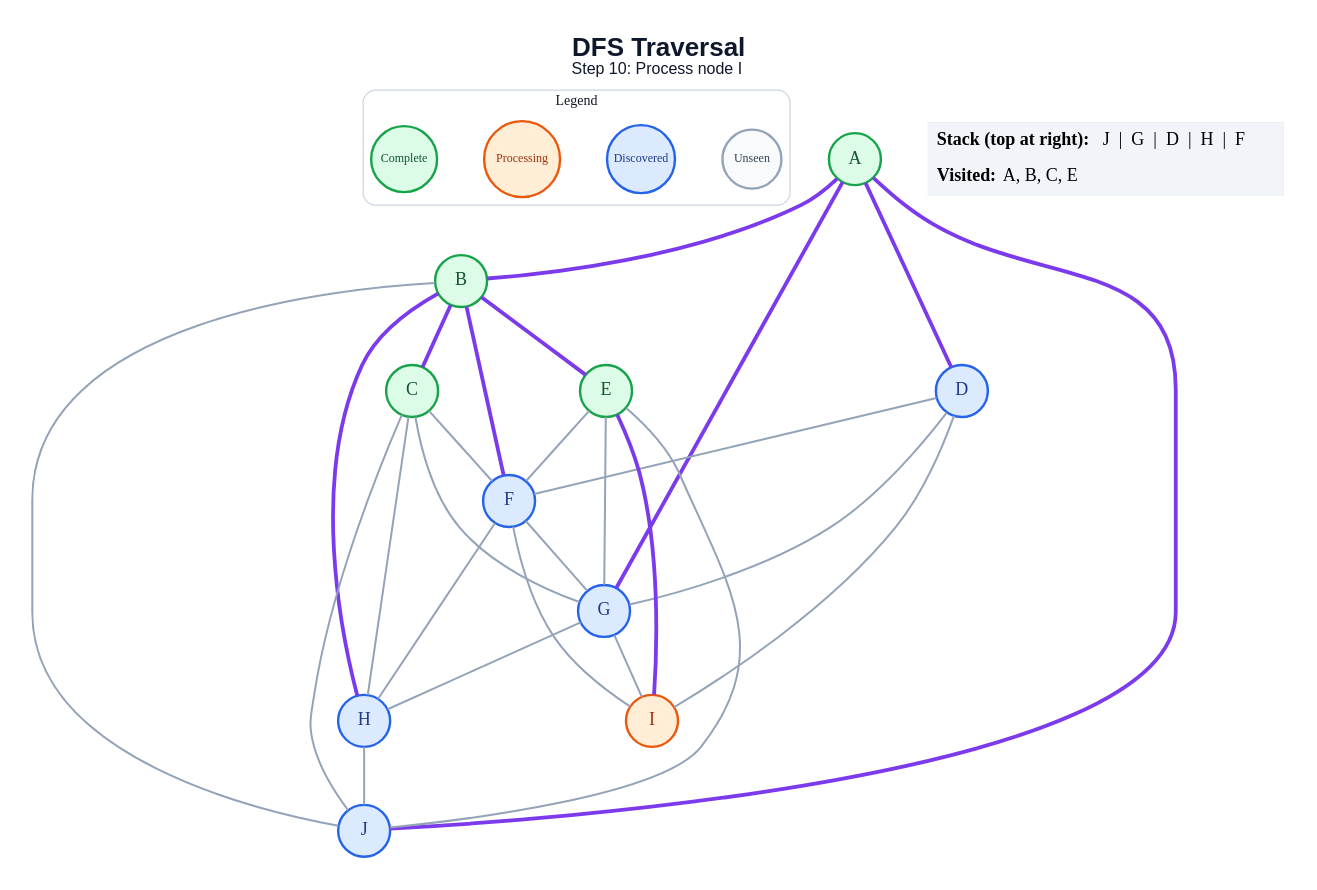
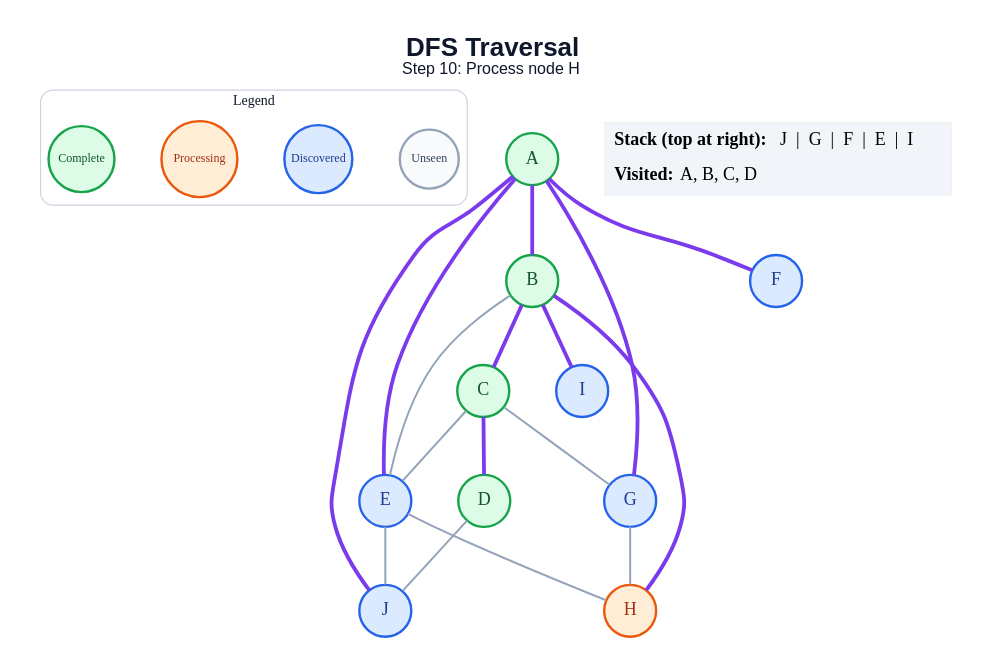
Before and after one commit to anon7238593-create/ai-slop: the diagram in generated/dfs/step_10.dot, drawn with Graphviz. The commit also changed 171 other files, not shown here.

```diff
--- a/generated/dfs/step_10.dot
+++ b/generated/dfs/step_10.dot
@@ -1,55 +1,45 @@
 graph traversal {
   graph [layout=dot, rankdir=TB, bgcolor="#FFFFFF", pad="0.35", nodesep="0.65", ranksep="0.8", fontname="Arial"];
   node [shape=circle, style="filled", fontname="Arial Bold", fontsize=18, width=0.72, fixedsize=true, penwidth=2.4];
   edge [color="#94A3B8", penwidth=2.0];
-  label=<<B>DFS Traversal</B><BR/><FONT POINT-SIZE="16">Step 10: Process node I</FONT>>; labelloc="t"; fontsize=26; fontname="Arial"; fontcolor="#0F172A";
+  label=<<B>DFS Traversal</B><BR/><FONT POINT-SIZE="16">Step 10: Process node H</FONT>>; labelloc="t"; fontsize=26; fontname="Arial"; fontcolor="#0F172A";
   subgraph cluster_legend { label="Legend"; color="#CBD5E1"; penwidth=1.2; style="rounded"; fontsize=14; fontname="Arial Bold";
     key_unseen [label="Unseen", fillcolor="#F8FAFC", color="#94A3B8", fontcolor="#334155", fontsize=12, width=0.82];
     key_frontier [label="Discovered", fillcolor="#DBEAFE", color="#2563EB", fontcolor="#1E3A8A", fontsize=12, width=0.95];
     key_current [label="Processing", fillcolor="#FFEDD5", color="#EA580C", fontcolor="#9A3412", fontsize=12, width=1.05];
     key_done [label="Complete", fillcolor="#DCFCE7", color="#16A34A", fontcolor="#14532D", fontsize=12, width=0.92];
     { rank=same; key_unseen; key_frontier; key_current; key_done; }
   }
   A [fillcolor="#DCFCE7", color="#16A34A", fontcolor="#14532D"];
   B [fillcolor="#DCFCE7", color="#16A34A", fontcolor="#14532D"];
   C [fillcolor="#DCFCE7", color="#16A34A", fontcolor="#14532D"];
-  D [fillcolor="#DBEAFE", color="#2563EB", fontcolor="#1E3A8A"];
-  E [fillcolor="#DCFCE7", color="#16A34A", fontcolor="#14532D"];
+  D [fillcolor="#DCFCE7", color="#16A34A", fontcolor="#14532D"];
+  E [fillcolor="#DBEAFE", color="#2563EB", fontcolor="#1E3A8A"];
   F [fillcolor="#DBEAFE", color="#2563EB", fontcolor="#1E3A8A"];
   G [fillcolor="#DBEAFE", color="#2563EB", fontcolor="#1E3A8A"];
-  H [fillcolor="#DBEAFE", color="#2563EB", fontcolor="#1E3A8A"];
-  I [fillcolor="#FFEDD5", color="#EA580C", fontcolor="#9A3412"];
+  H [fillcolor="#FFEDD5", color="#EA580C", fontcolor="#9A3412"];
+  I [fillcolor="#DBEAFE", color="#2563EB", fontcolor="#1E3A8A"];
   J [fillcolor="#DBEAFE", color="#2563EB", fontcolor="#1E3A8A"];
   A -- B [color="#7C3AED", penwidth=3.8];
-  A -- D [color="#7C3AED", penwidth=3.8];
+  A -- E [color="#7C3AED", penwidth=3.8];
+  A -- F [color="#7C3AED", penwidth=3.8];
   A -- G [color="#7C3AED", penwidth=3.8];
   A -- J [color="#7C3AED", penwidth=3.8];
   B -- C [color="#7C3AED", penwidth=3.8];
-  B -- E [color="#7C3AED", penwidth=3.8];
-  B -- F [color="#7C3AED", penwidth=3.8];
+  B -- E;
   B -- H [color="#7C3AED", penwidth=3.8];
-  B -- J;
-  C -- F;
+  B -- I [color="#7C3AED", penwidth=3.8];
+  C -- D [color="#7C3AED", penwidth=3.8];
+  C -- E;
   C -- G;
-  C -- H;
-  C -- J;
-  D -- F;
-  D -- G;
-  D -- I;
-  E -- F;
-  E -- G;
-  E -- I [color="#7C3AED", penwidth=3.8];
+  D -- J;
+  E -- H;
   E -- J;
-  F -- G;
-  F -- H;
-  F -- I;
   G -- H;
-  G -- I;
-  H -- J;
   status [shape=plain, fixedsize=false, width=0, height=0, margin=0, label=<
     <TABLE BORDER="0" CELLBORDER="0" CELLPADDING="7" BGCOLOR="#F1F5F9">
-      <TR><TD ALIGN="LEFT"><B>Stack (top at right):</B> J  |  G  |  D  |  H  |  F</TD></TR>
-      <TR><TD ALIGN="LEFT"><B>Visited:</B> A, B, C, E</TD></TR>
+      <TR><TD ALIGN="LEFT"><B>Stack (top at right):</B> J  |  G  |  F  |  E  |  I</TD></TR>
+      <TR><TD ALIGN="LEFT"><B>Visited:</B> A, B, C, D</TD></TR>
     </TABLE>
   >];
 }
```
